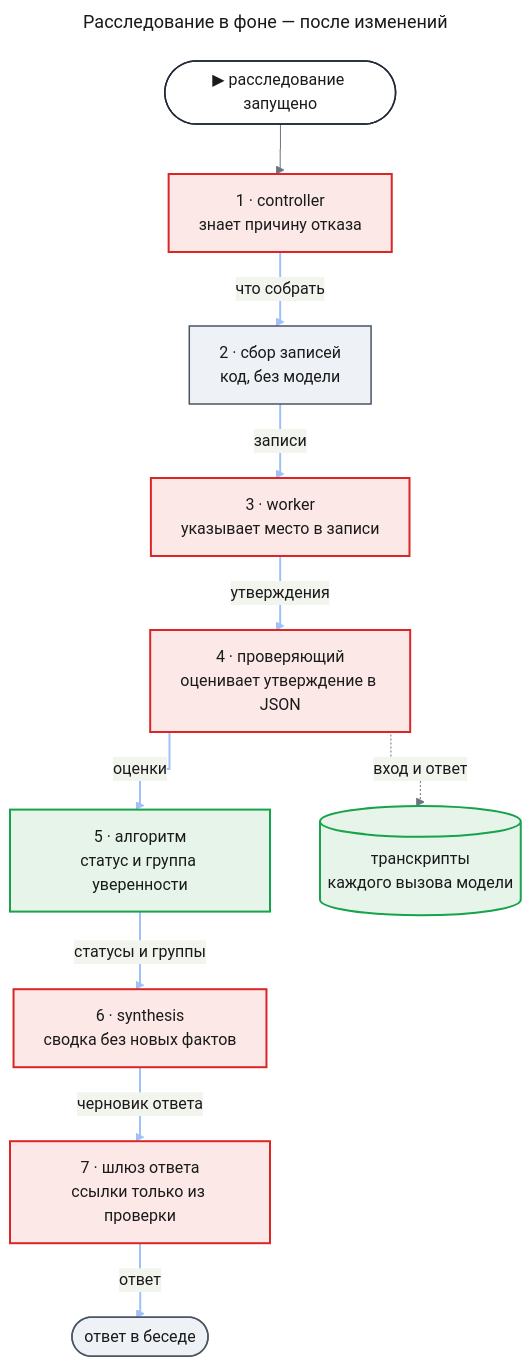
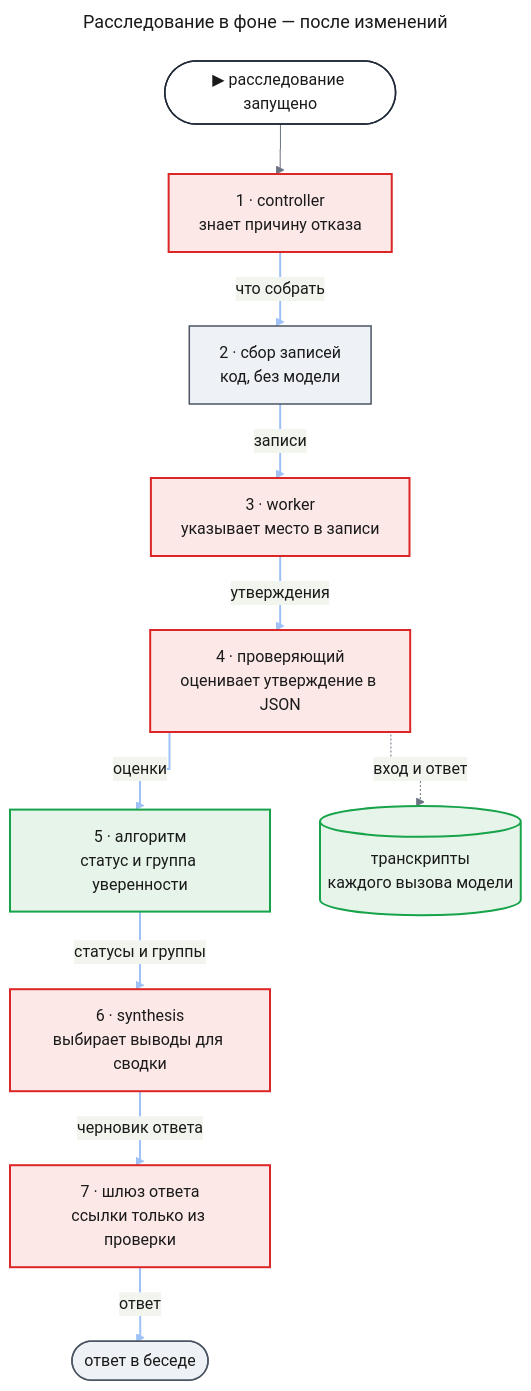
Before and after one commit to tundraray/agent-os: the third of 10 diagrams in docs/features/agent-quality/prd.md, drawn with Mermaid. The commit also changed other lines of this file, not shown here.

````diff
--- a/docs/features/agent-quality/prd.md
+++ b/docs/features/agent-quality/prd.md
@@ -187,59 +187,59 @@
 ```mermaid
 ---
 title: "Расследование в фоне — после изменений"
 config:
   theme: base
   look: classic
   themeVariables:
     primaryColor: "#eef1f5"
     primaryBorderColor: "#4b5563"
     primaryTextColor: "#1a1a1a"
     lineColor: "#6b7280"
   flowchart:
     curve: step
   themeCSS: |
     @keyframes litr_d3{0%,12.8%{stroke:#1d4ed8;stroke-width:6px}14.3%,100%{stroke:#9ec1f7;stroke-width:2px}}
 ---
 flowchart TB
     entry(["▶ расследование запущено"])
     ctl["1 · controller<br/>знает причину отказа"]
     fetch["2 · сбор записей<br/>код, без модели"]
     wrk["3 · worker<br/>указывает место в записи"]
     chk["4 · проверяющий<br/>оценивает утверждение в JSON"]
     alg["5 · алгоритм<br/>статус и группа уверенности"]
-    syn["6 · synthesis<br/>сводка без новых фактов"]
+    syn["6 · synthesis<br/>выбирает выводы для сводки"]
     gw["7 · шлюз ответа<br/>ссылки только из проверки"]
     out(["ответ в беседе"])
     tr[("транскрипты<br/>каждого вызова модели")]
     entry --> ctl
     ctl e1@-->|"что собрать"| fetch
     fetch e2@-->|"записи"| wrk
     wrk e3@-->|"утверждения"| chk
     chk e4@-->|"оценки"| alg
     alg e5@-->|"статусы и группы"| syn
     syn e6@-->|"черновик ответа"| gw
     gw e7@-->|"ответ"| out
     chk -.->|"вход и ответ"| tr
     classDef entry fill:#ffffff,stroke:#1f2937,stroke-width:1.5px,color:#1a1a1a
     classDef changed fill:#fde8e8,stroke:#dc2626,stroke-width:2px,color:#1a1a1a
     classDef new fill:#e6f4ea,stroke:#16a34a,stroke-width:2px,color:#1a1a1a
     classDef unchanged fill:#eef1f5,stroke:#4b5563,stroke-width:1.5px,color:#1a1a1a
     classDef r1 stroke:#9ec1f7,stroke-width:2px,animation:litr_d3 8.4s linear 0s infinite
     classDef r2 stroke:#9ec1f7,stroke-width:2px,animation:litr_d3 8.4s linear 1.2s infinite
     classDef r3 stroke:#9ec1f7,stroke-width:2px,animation:litr_d3 8.4s linear 2.4s infinite
     classDef r4 stroke:#9ec1f7,stroke-width:2px,animation:litr_d3 8.4s linear 3.6s infinite
     classDef r5 stroke:#9ec1f7,stroke-width:2px,animation:litr_d3 8.4s linear 4.8s infinite
     classDef r6 stroke:#9ec1f7,stroke-width:2px,animation:litr_d3 8.4s linear 6s infinite
     classDef r7 stroke:#9ec1f7,stroke-width:2px,animation:litr_d3 8.4s linear 7.2s infinite
     class entry entry
     class ctl,wrk,chk,syn,gw changed
     class alg,tr new
     class fetch,out unchanged
     class e1 r1
     class e2 r2
     class e3 r3
     class e4 r4
     class e5 r5
     class e6 r6
     class e7 r7
 ```
````
